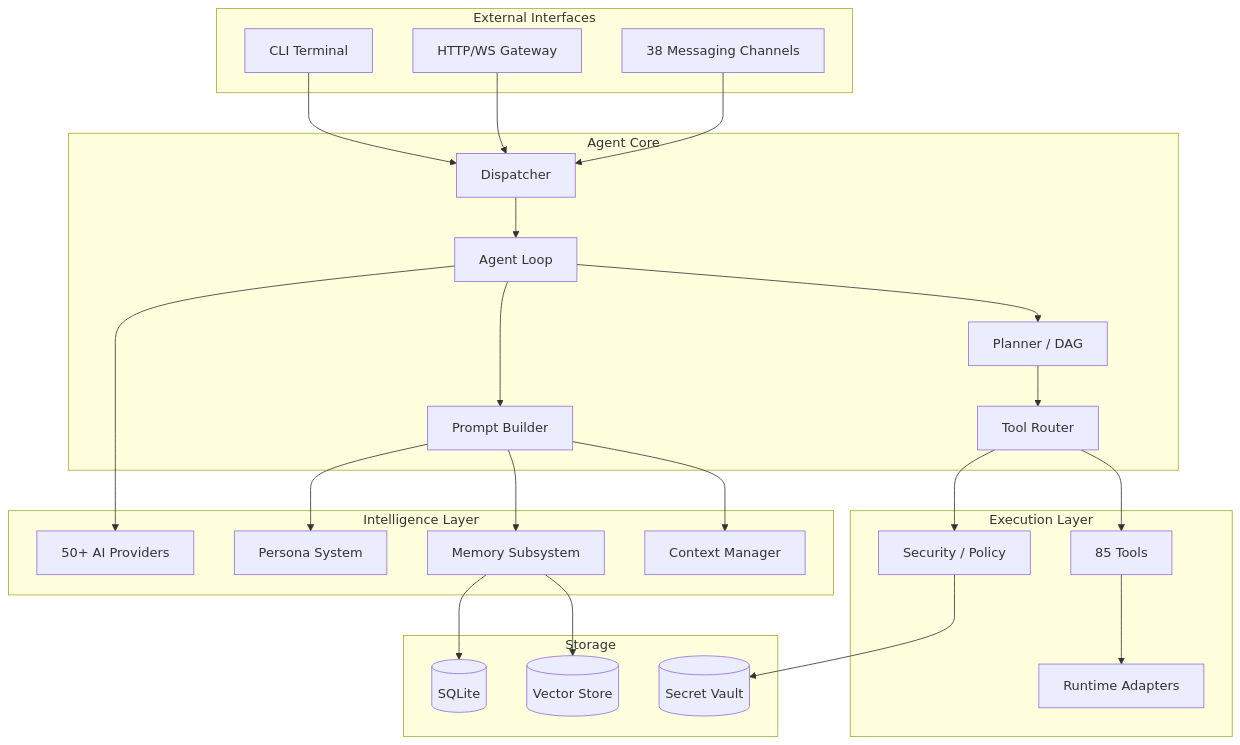
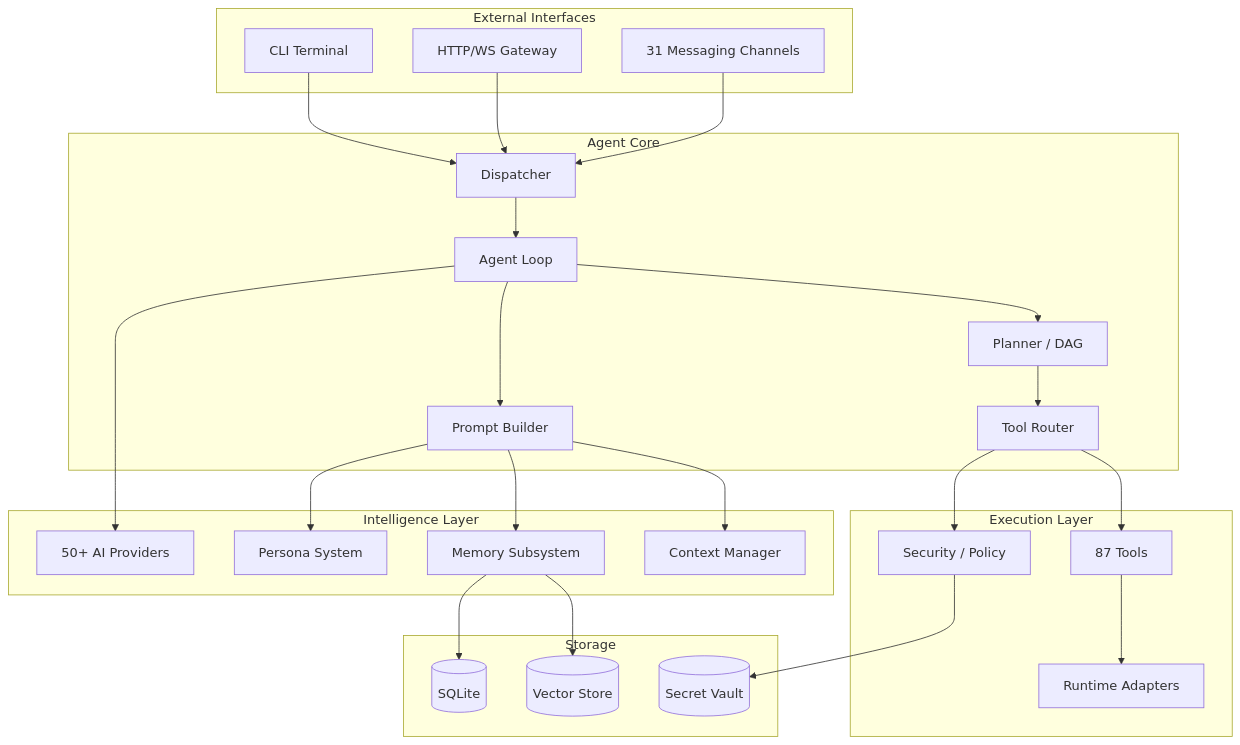
Before and after one commit to sethdford/seaclaw: the first of 3 diagrams in ARCHITECTURE.md, drawn with Mermaid. The commit also changed other lines of this file and 146 other files, not shown here.

````diff
--- a/ARCHITECTURE.md
+++ b/ARCHITECTURE.md
@@ -7,57 +7,57 @@
 ```mermaid
 graph TB
     subgraph external [External Interfaces]
         CLI[CLI Terminal]
         Gateway[HTTP/WS Gateway]
-        Channels[38 Messaging Channels]
+        Channels[31 Messaging Channels]
     end
 
     subgraph core [Agent Core]
         Dispatcher[Dispatcher]
         AgentLoop[Agent Loop]
         Planner[Planner / DAG]
         ToolRouter[Tool Router]
         PromptBuilder[Prompt Builder]
     end
 
     subgraph intelligence [Intelligence Layer]
         Providers[50+ AI Providers]
         Persona[Persona System]
         Memory[Memory Subsystem]
         Context[Context Manager]
     end
 
     subgraph execution [Execution Layer]
-        Tools[85 Tools]
+        Tools[87 Tools]
         Runtime[Runtime Adapters]
         Security[Security / Policy]
     end
 
     subgraph storage [Storage]
         SQLite[(SQLite)]
         VectorStore[(Vector Store)]
         SecretVault[(Secret Vault)]
     end
 
     CLI --> Dispatcher
     Gateway --> Dispatcher
     Channels --> Dispatcher
 
     Dispatcher --> AgentLoop
     AgentLoop --> Planner
     AgentLoop --> PromptBuilder
     Planner --> ToolRouter
 
     PromptBuilder --> Persona
     PromptBuilder --> Context
     PromptBuilder --> Memory
     AgentLoop --> Providers
 
     ToolRouter --> Security
     ToolRouter --> Tools
     Tools --> Runtime
 
     Memory --> SQLite
     Memory --> VectorStore
     Security --> SecretVault
 ```
````
